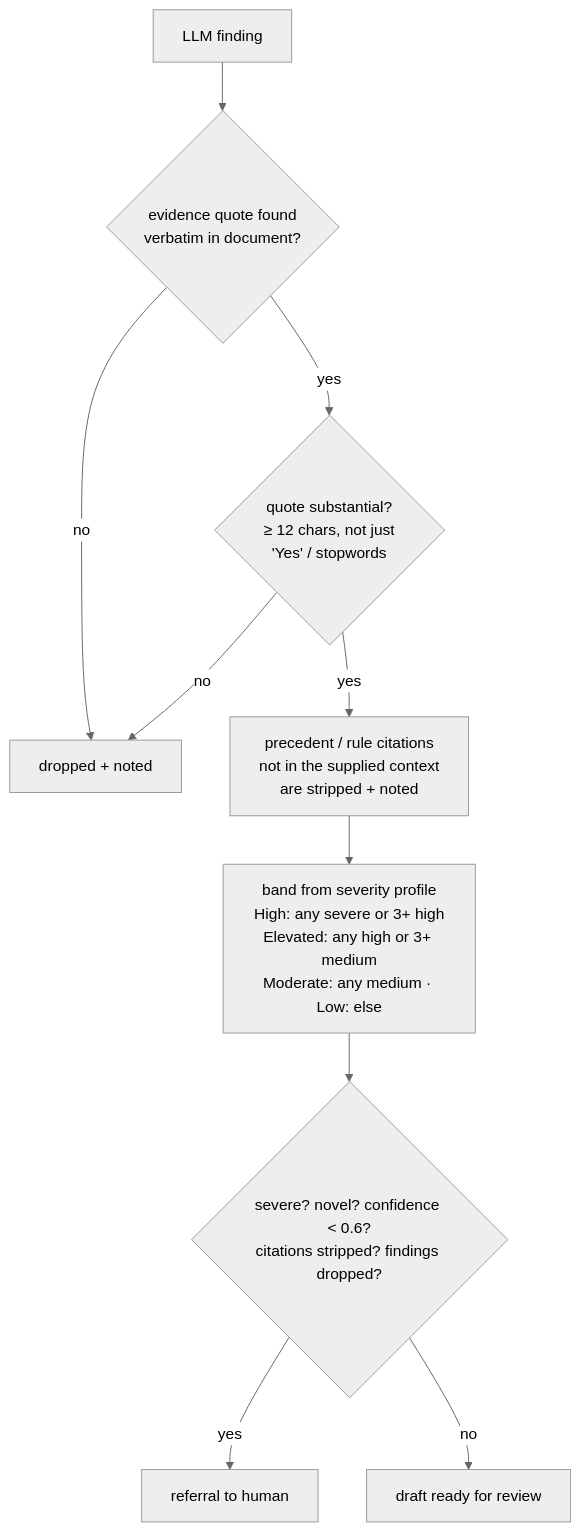
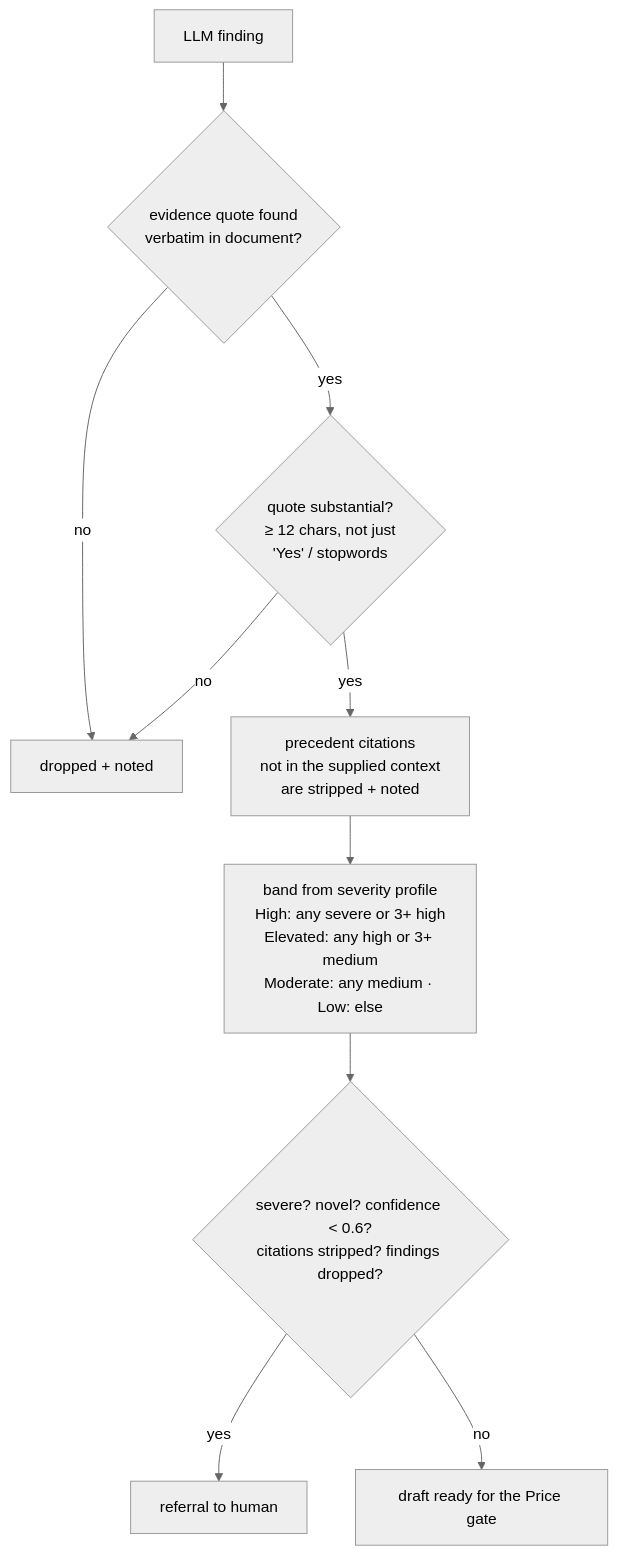
One commit to GoldenWind8/converge-underwriting changed the second of 2 diagrams in docs/ARCHITECTURE.md. Above: the diagram before and after it, drawn with Mermaid (neutral theme). The commit also changed other lines of this file and 40 other files, not shown here.

First line of the commit message:
Make Price the approval gate; retire the playbook and demo-only files

````diff
--- a/docs/ARCHITECTURE.md
+++ b/docs/ARCHITECTURE.md
@@ -47,12 +48,12 @@
 ```mermaid
 flowchart TD
     F[LLM finding] --> G{evidence quote found<br/>verbatim in document?}
     G -- no --> X[dropped + noted]
     G -- yes --> S{quote substantial?<br/>≥ 12 chars, not just<br/>'Yes' / stopwords}
     S -- no --> X
-    S -- yes --> Ci[precedent / rule citations<br/>not in the supplied context<br/>are stripped + noted]
+    S -- yes --> Ci[precedent citations<br/>not in the supplied context<br/>are stripped + noted]
     Ci --> Bd[band from severity profile<br/>High: any severe or 3+ high<br/>Elevated: any high or 3+ medium<br/>Moderate: any medium · Low: else]
     Bd --> I{severe? novel? confidence < 0.6?<br/>citations stripped? findings dropped?}
     I -- yes --> J[referral to human]
-    I -- no --> K[draft ready for review]
+    I -- no --> K[draft ready for the Price gate]
 ```
````
